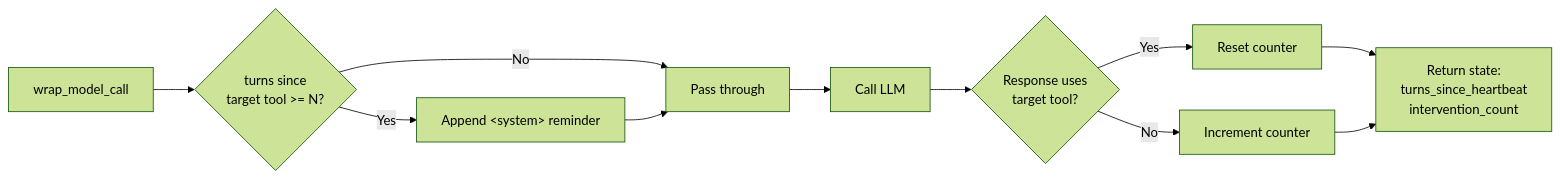
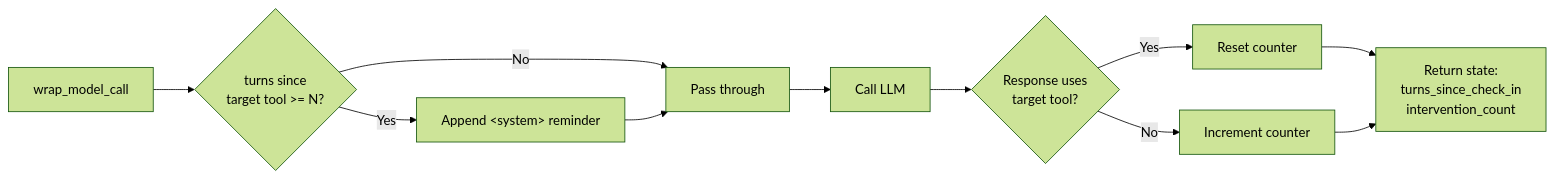
One commit to johnsosoka/code-examples changed the first of 4 diagrams in python/behavior-steering-middleware/README.md. Above: the diagram before and after it, drawn with Mermaid (forest theme). The commit also changed other lines of this file and 13 other files, not shown here.

First line of the commit message:
rename Heartbeat -> CheckIn, add rendered diagram PNGs

````diff
--- a/python/behavior-steering-middleware/README.md
+++ b/python/behavior-steering-middleware/README.md
@@ -48,13 +48,13 @@
 ```mermaid
 flowchart LR
     A[wrap_model_call] --> B{turns since<br/>target tool >= N?}
     B -- Yes --> C["Append &lt;system&gt; reminder"]
     B -- No --> D[Pass through]
     C --> D
     D --> E[Call LLM]
     E --> F{Response uses<br/>target tool?}
     F -- Yes --> G[Reset counter]
     F -- No --> H[Increment counter]
-    G --> I["Return state:<br/>turns_since_heartbeat<br/>intervention_count"]
+    G --> I["Return state:<br/>turns_since_check_in<br/>intervention_count"]
     H --> I
 ```
````
